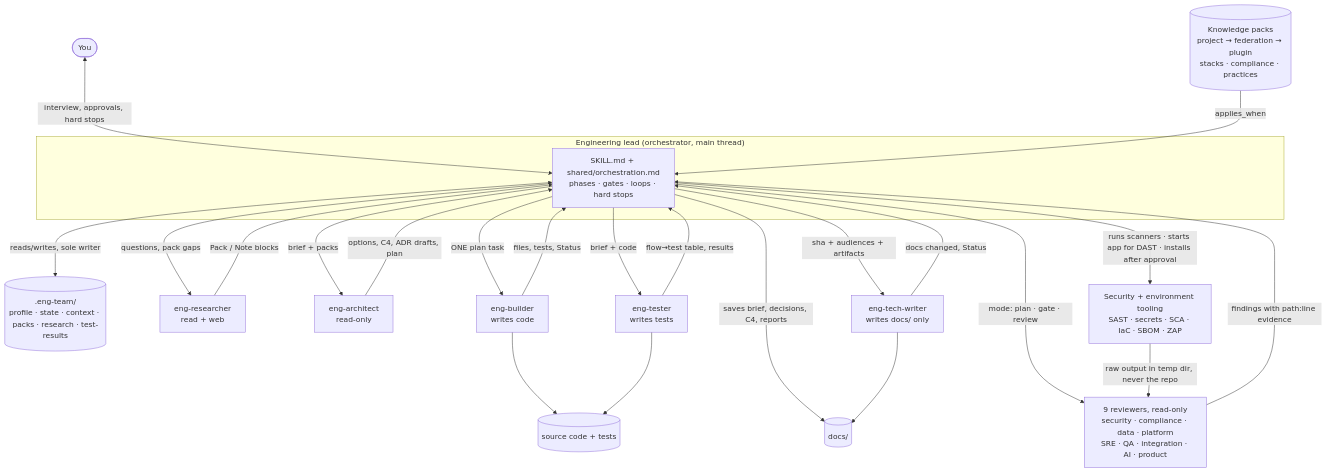
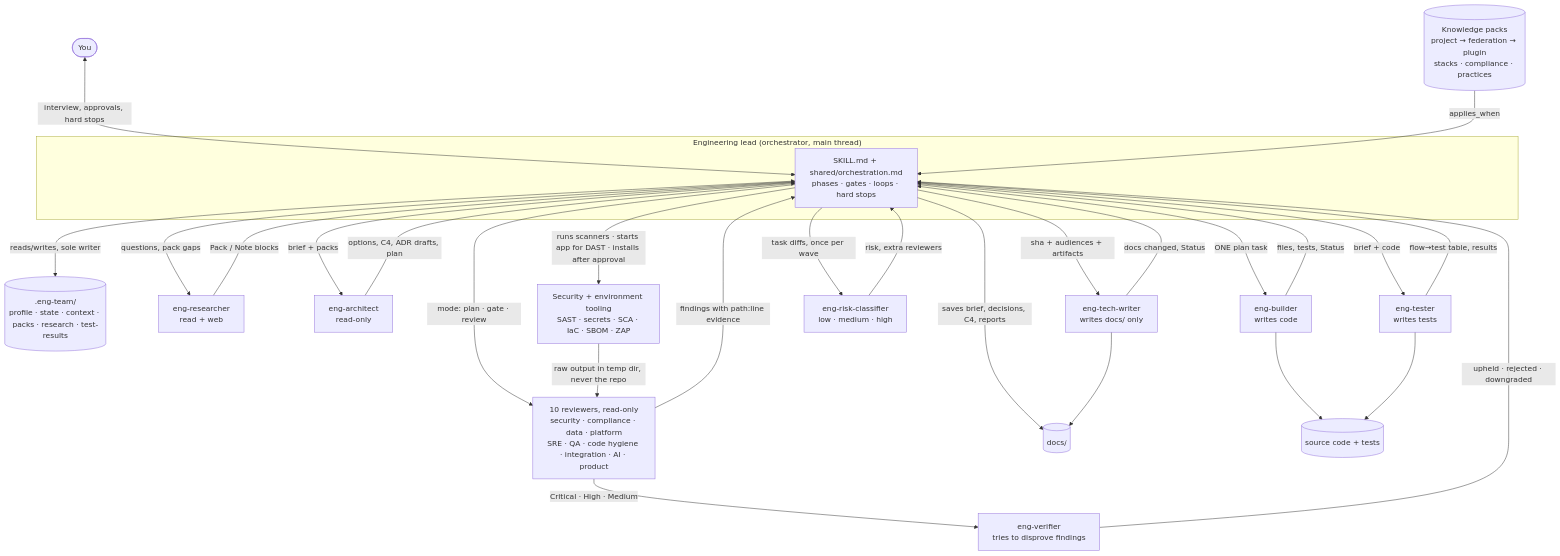
Before and after one commit to Yakoub-ai/engineering-team: the second of 2 diagrams in eng-team-plugin/README.md, drawn with Mermaid. The commit also changed other lines of this file and 17 other files, not shown here.

````diff
--- a/eng-team-plugin/README.md
+++ b/eng-team-plugin/README.md
@@ -157,31 +157,35 @@
 ```mermaid
 flowchart TB
   U([You]) <-->|interview, approvals, hard stops| L
 
   subgraph Lead["Engineering lead (orchestrator, main thread)"]
     L[SKILL.md + shared/orchestration.md<br/>phases · gates · loops · hard stops]
   end
 
   L <-->|reads/writes, sole writer| S[(.eng-team/<br/>profile · state · context · packs · research · test-results)]
   K[(Knowledge packs<br/>project → federation → plugin<br/>stacks · compliance · practices)] -->|applies_when| L
 
   L -->|questions, pack gaps| RES[eng-researcher<br/>read + web]
   RES -->|Pack / Note blocks| L
   L -->|brief + packs| ARC[eng-architect<br/>read-only]
   ARC -->|options, C4, ADR drafts, plan| L
   L -->|ONE plan task| BLD[eng-builder<br/>writes code]
   BLD -->|files, tests, Status| L
   L -->|brief + code| TST[eng-tester<br/>writes tests]
   TST -->|flow→test table, results| L
   L -->|sha + audiences + artifacts| DOC[eng-tech-writer<br/>writes docs/ only]
   DOC -->|docs changed, Status| L
-  L -->|mode: plan · gate · review| REV[9 reviewers, read-only<br/>security · compliance · data · platform<br/>SRE · QA · integration · AI · product]
+  L -->|mode: plan · gate · review| REV[10 reviewers, read-only<br/>security · compliance · data · platform<br/>SRE · QA · code hygiene · integration · AI · product]
+  REV -->|Critical · High · Medium| VER[eng-verifier<br/>tries to disprove findings]
+  VER -->|upheld · rejected · downgraded| L
+  L -->|task diffs, once per wave| RC[eng-risk-classifier<br/>low · medium · high]
+  RC -->|risk, extra reviewers| L
   REV -->|findings with path:line evidence| L
   L -->|runs scanners · starts app for DAST · installs after approval| SC[Security + environment tooling<br/>SAST · secrets · SCA · IaC · SBOM · ZAP]
   SC -->|raw output in temp dir, never the repo| REV
 
   L -->|saves brief, decisions, C4, reports| D[(docs/)]
   DOC --> D
   BLD --> C[(source code + tests)]
   TST --> C
 ```
````
